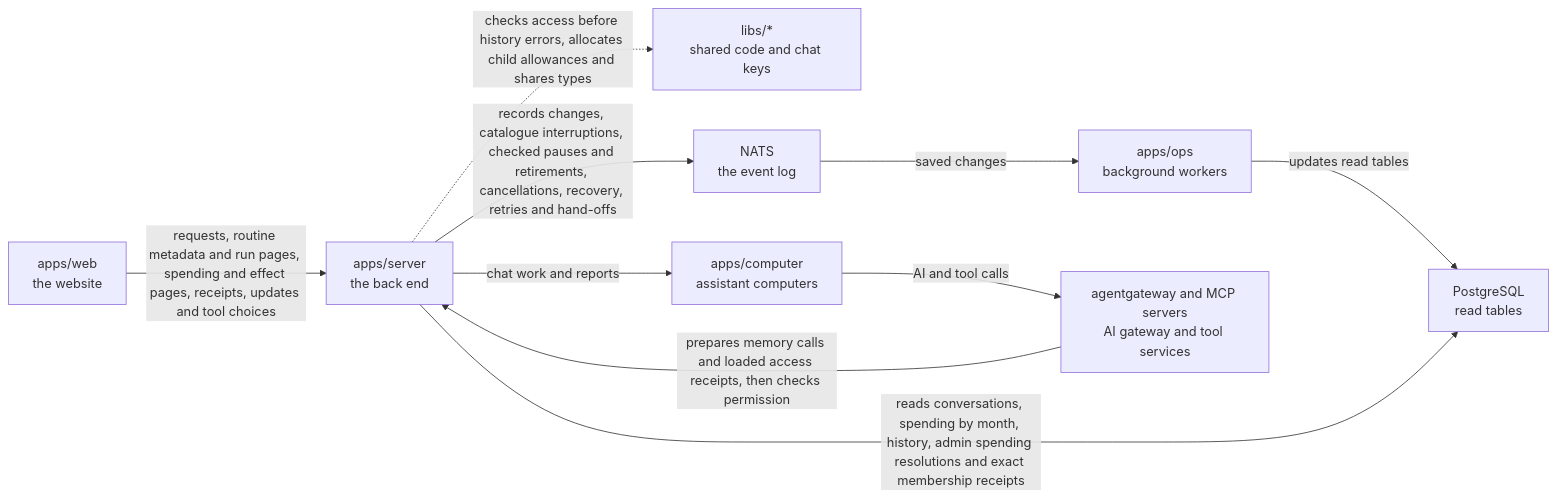
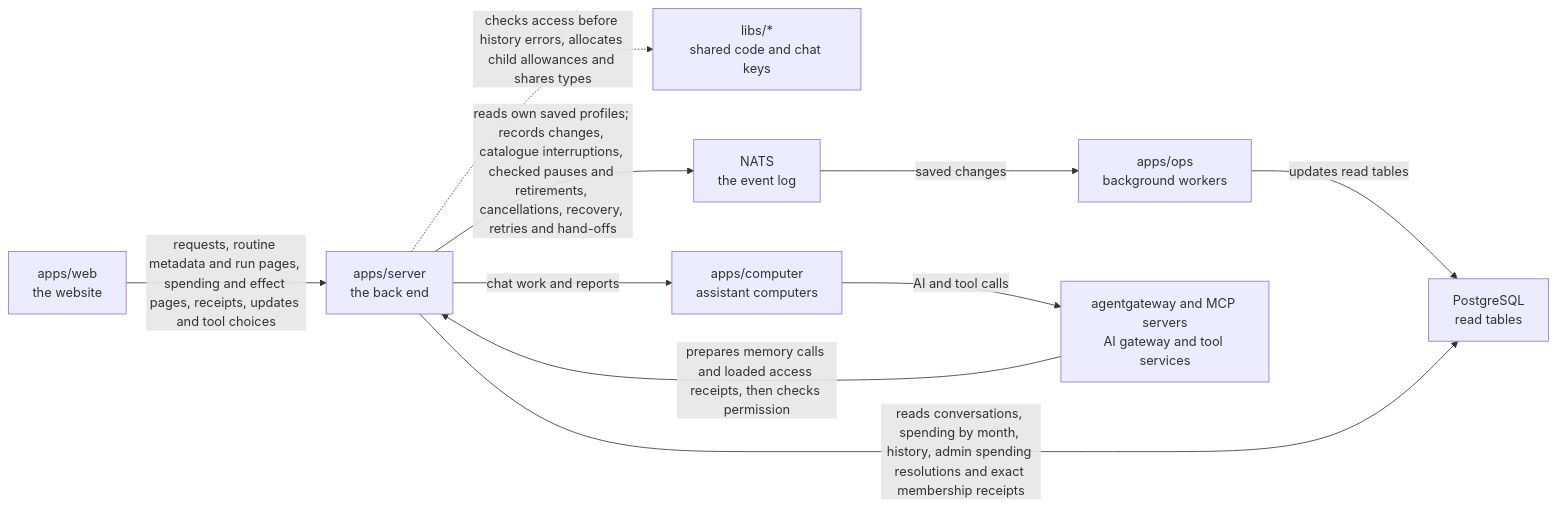
Before and after one commit to elewa-git/opencrane-new: the diagram in apps/server/README.md, drawn with Mermaid. The commit also changed other lines of this file and 10 other files, not shown here.

````diff
--- a/apps/server/README.md
+++ b/apps/server/README.md
@@ -57,12 +57,12 @@
 ```mermaid
 flowchart LR
   web["apps/web<br/>the website"] -->|requests, routine metadata and run pages, spending and effect pages, receipts, updates and tool choices| server["apps/server<br/>the back end"]
   server -.->|checks access before history errors, allocates child allowances and shares types| libs["libs/*<br/>shared code and chat keys"]
-  server -->|records changes, catalogue interruptions, checked pauses and retirements, cancellations, recovery, retries and hand-offs| nats["NATS<br/>the event log"]
+  server -->|reads own saved profiles; records changes, catalogue interruptions, checked pauses and retirements, cancellations, recovery, retries and hand-offs| nats["NATS<br/>the event log"]
   nats -->|saved changes| ops["apps/ops<br/>background workers"]
   ops -->|updates read tables| postgres["PostgreSQL<br/>read tables"]
   server -->|reads conversations, spending by month, history, admin spending resolutions and exact membership receipts| postgres
   server -->|chat work and reports| computer["apps/computer<br/>assistant computers"]
   computer -->|AI and tool calls| runtime["agentgateway and MCP servers<br/>AI gateway and tool services"]
   runtime -->|prepares memory calls and loaded access receipts, then checks permission| server
 ```
````
